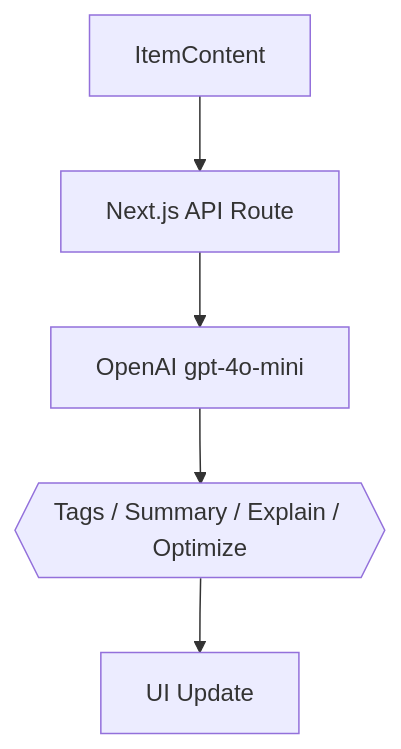
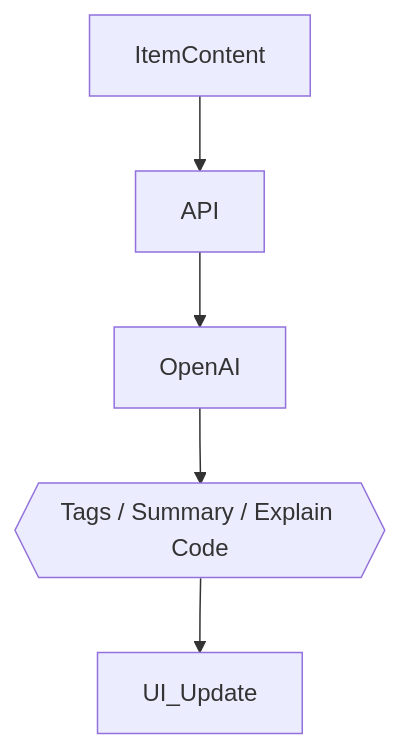
The third of 3 diagrams in context/project-overview.md (VitorBisterso/devstash-course), drawn with Mermaid before and after one commit. The commit also changed other lines of this file and 11 other files, not shown here.

````diff
--- a/context/project-overview.md
+++ b/context/project-overview.md
@@ -272,7 +278,7 @@
 ```mermaid
 flowchart TD
-  ItemContent --> APIRoute[Next.js API Route]
-  APIRoute --> OpenAI[OpenAI gpt-4o-mini]
-  OpenAI --> Suggestions{{Tags / Summary / Explain / Optimize}}
-  Suggestions --> UIUpdate[UI Update]
+  ItemContent --> API
+  API --> OpenAI
+  OpenAI --> Suggestions{{Tags / Summary / Explain Code}}
+  Suggestions --> UI_Update
 ```
````
